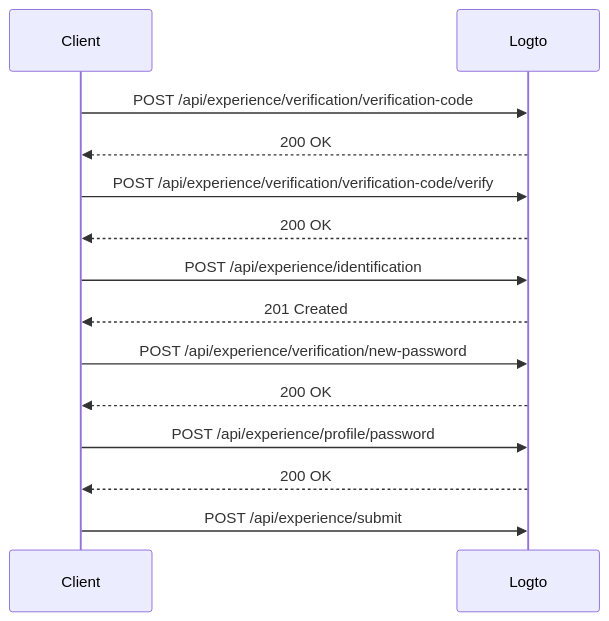
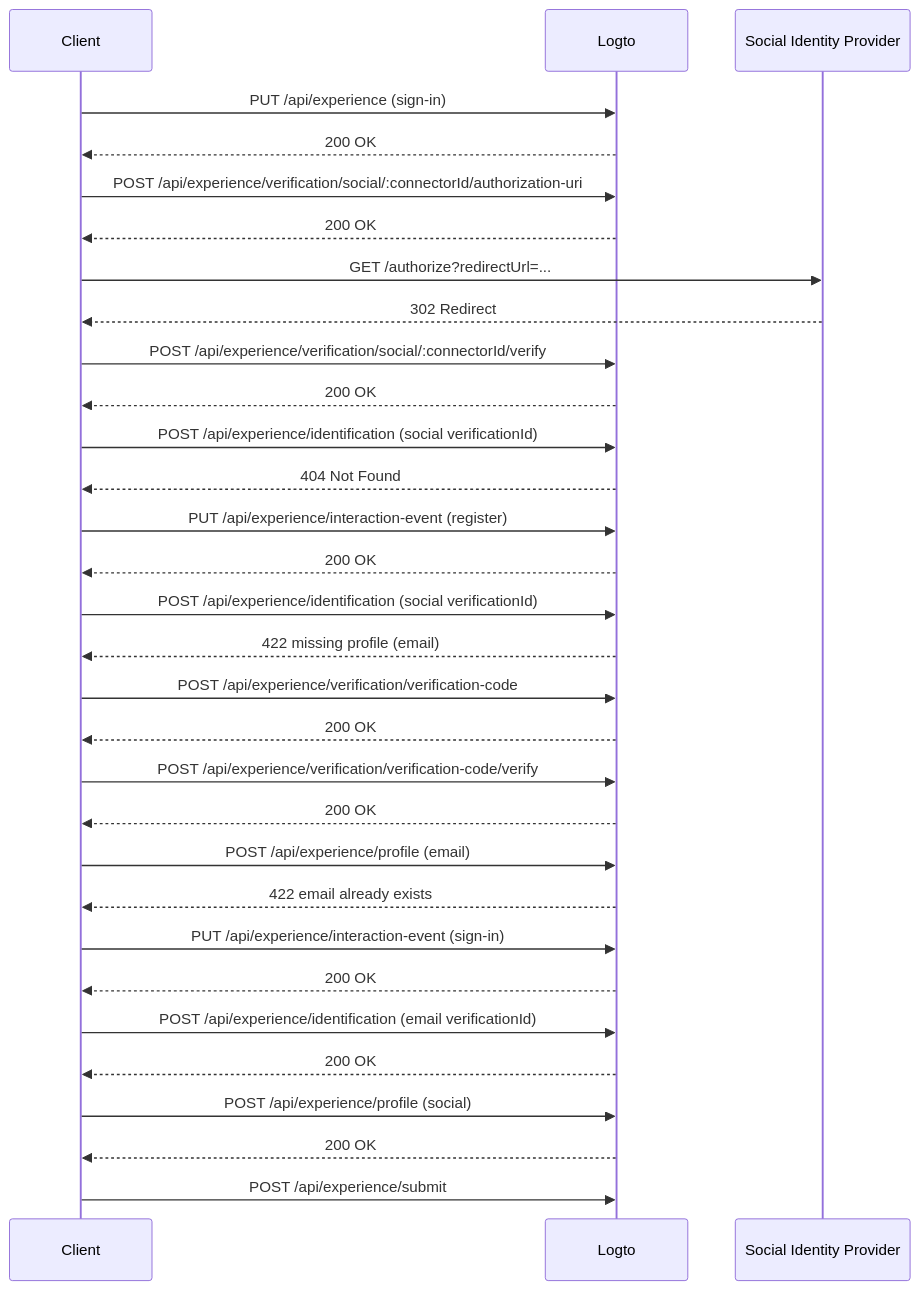
Diagram 16 of 22 in draft/0004-experience-api.md (logto-io/rfcs), drawn with Mermaid before and after one commit. The commit also changed other lines of this file, not shown here.

First line of the commit message:
refactor: update experience API rfc

````diff
--- a/draft/0004-experience-api.md
+++ b/draft/0004-experience-api.md
@@ -831,17 +897,34 @@
 ```mermaid
 sequenceDiagram
     participant C as Client
     participant L as Logto
+    participant S as Social Identity Provider
 
+    C->>L: PUT /api/experience (sign-in)
+    L-->>C: 200 OK
+    C->>L: POST /api/experience/verification/social/:connectorId/authorization-uri
+    L-->>C: 200 OK
+    C->>S: GET /authorize?redirectUrl=...
+    S-->>C: 302 Redirect
+    C->>L: POST /api/experience/verification/social/:connectorId/verify
+    L-->>C: 200 OK
+    C->>L: POST /api/experience/identification (social verificationId)
+    L-->>C: 404 Not Found
+    C->>L: PUT /api/experience/interaction-event (register)
+    L-->>C: 200 OK
+    C->>L: POST /api/experience/identification (social verificationId)
+    L-->>C: 422 missing profile (email)
     C->>L: POST /api/experience/verification/verification-code
     L-->>C: 200 OK
     C->>L: POST /api/experience/verification/verification-code/verify
     L-->>C: 200 OK
-    C->>L: POST /api/experience/identification
-    L-->>C: 201 Created
-    C->>L: POST /api/experience/verification/new-password
+    C->>L: POST /api/experience/profile (email)
+    L-->>C: 422 email already exists
+    C->>L: PUT /api/experience/interaction-event (sign-in)
     L-->>C: 200 OK
-    C->>L: POST /api/experience/profile/password
+    C->>L: POST /api/experience/identification (email verificationId)
+    L-->>C: 200 OK
+    C->>L: POST /api/experience/profile (social)
     L-->>C: 200 OK
     C->>L: POST /api/experience/submit
 ```
````
